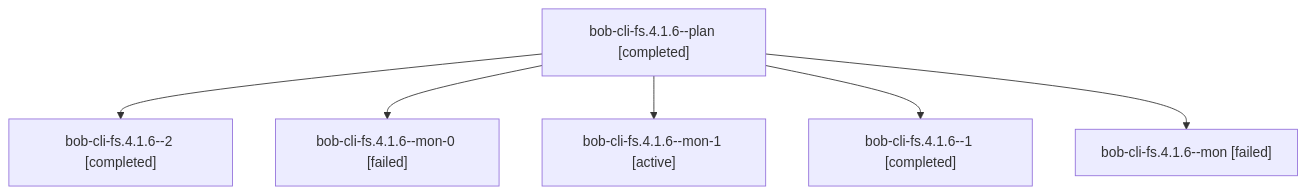
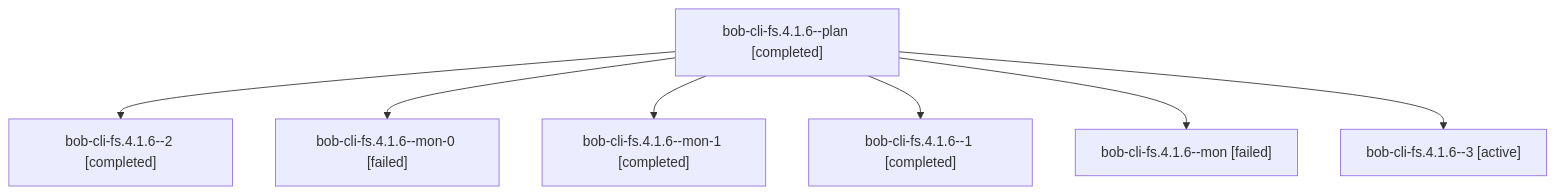
The diagram in sessions/bbugyi200.athena.bob-cli-fs.4.1.6.md (bobs-org/bob-cli--agents), drawn with Mermaid before and after one commit. The commit also changed other lines of this file and 115 other files, not shown here.

````diff
--- a/sessions/bbugyi200.athena.bob-cli-fs.4.1.6.md
+++ b/sessions/bbugyi200.athena.bob-cli-fs.4.1.6.md
@@ -9,14 +9,16 @@
 ```mermaid
 flowchart TD
   n0["bob-cli-fs.4.1.6--plan [completed]"]
   n1["bob-cli-fs.4.1.6--2 [completed]"]
   n0 --> n1
   n2["bob-cli-fs.4.1.6--mon-0 [failed]"]
   n0 --> n2
-  n3["bob-cli-fs.4.1.6--mon-1 [active]"]
+  n3["bob-cli-fs.4.1.6--mon-1 [completed]"]
   n0 --> n3
   n4["bob-cli-fs.4.1.6--1 [completed]"]
   n0 --> n4
   n5["bob-cli-fs.4.1.6--mon [failed]"]
   n0 --> n5
+  n6["bob-cli-fs.4.1.6--3 [active]"]
+  n0 --> n6
 ```
````
